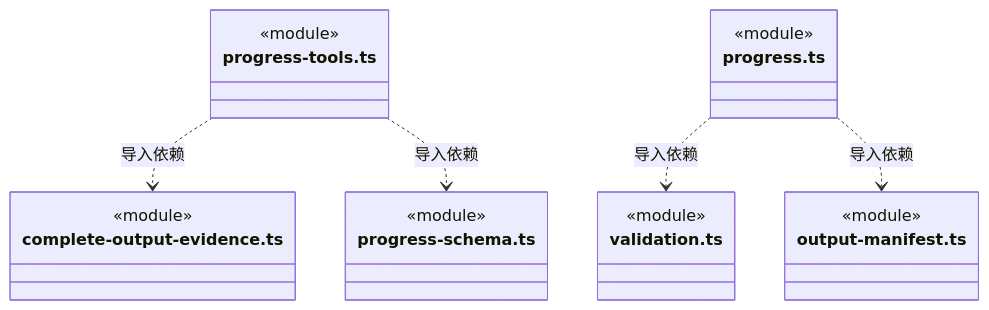
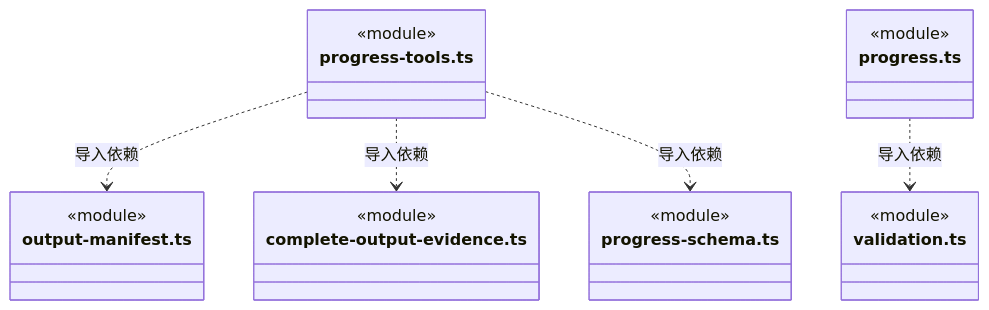
Diagram 40 of 46 in src/backend/core/evidence/ARCHITECTURE.md (nan023062/cbim), drawn with Mermaid before and after one commit. The commit also changed other lines of this file and 130 other files, not shown here.

````diff
--- a/src/backend/core/evidence/ARCHITECTURE.md
+++ b/src/backend/core/evidence/ARCHITECTURE.md
@@ -751,25 +859,25 @@
 ```mermaid
 classDiagram
 class N_src_backend_core_evidence_progress_tools_ts["progress-tools.ts"] {
+  <<module>>
+}
+class N_src_backend_core_evidence_output_manifest_ts["output-manifest.ts"] {
   <<module>>
 }
 class N_src_backend_core_evidence_complete_output_evidence_ts["complete-output-evidence.ts"] {
   <<module>>
 }
 class N_src_backend_core_evidence_progress_schema_ts["progress-schema.ts"] {
   <<module>>
 }
 class N_src_backend_core_evidence_progress_ts["progress.ts"] {
   <<module>>
 }
 class N_src_backend_core_evidence_validation_ts["validation.ts"] {
   <<module>>
 }
-class N_src_backend_core_evidence_output_manifest_ts["output-manifest.ts"] {
-  <<module>>
-}
+N_src_backend_core_evidence_progress_tools_ts ..> N_src_backend_core_evidence_output_manifest_ts : 导入依赖
 N_src_backend_core_evidence_progress_tools_ts ..> N_src_backend_core_evidence_complete_output_evidence_ts : 导入依赖
 N_src_backend_core_evidence_progress_tools_ts ..> N_src_backend_core_evidence_progress_schema_ts : 导入依赖
 N_src_backend_core_evidence_progress_ts ..> N_src_backend_core_evidence_validation_ts : 导入依赖
-N_src_backend_core_evidence_progress_ts ..> N_src_backend_core_evidence_output_manifest_ts : 导入依赖
 ```
````
